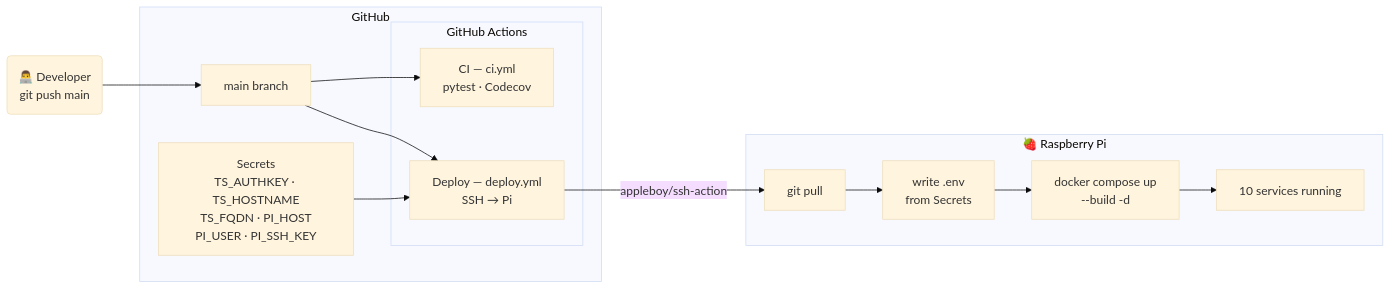
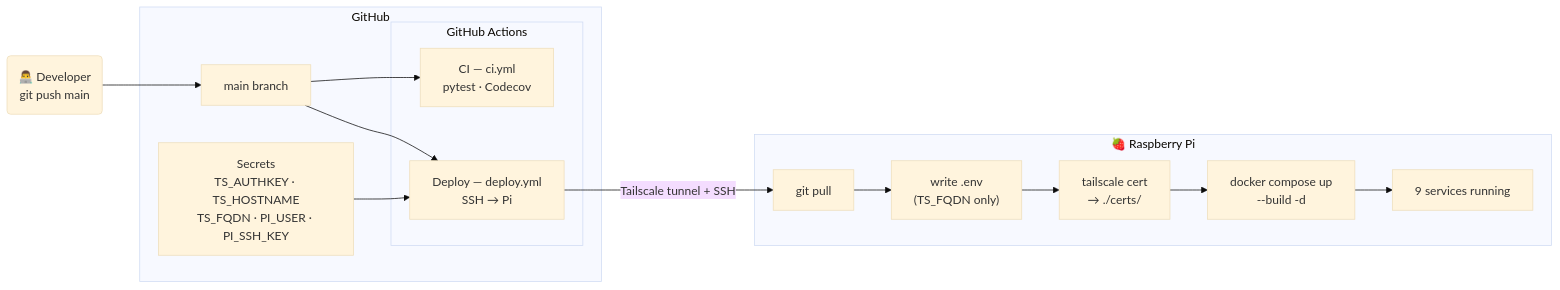
One commit to dugi42/night-watcher changed the first of 2 diagrams in README.md. Above: the diagram before and after it, drawn with Mermaid (base theme). The commit also changed other lines of this file and 3 other files, not shown here.

````diff
--- a/README.md
+++ b/README.md
@@ -63,29 +64,31 @@
 ```mermaid
 flowchart LR
     dev("👨‍💻 Developer\ngit push main")
 
     subgraph gh["GitHub"]
         repo["main branch"]
         subgraph actions["GitHub Actions"]
             ci["CI — ci.yml\npytest · Codecov"]
             dep["Deploy — deploy.yml\nSSH → Pi"]
         end
-        sec["Secrets\nTS_AUTHKEY · TS_HOSTNAME\nTS_FQDN · PI_HOST\nPI_USER · PI_SSH_KEY"]
+        sec["Secrets\nTS_AUTHKEY · TS_HOSTNAME\nTS_FQDN · PI_USER · PI_SSH_KEY"]
     end
 
     subgraph pi["🍓 Raspberry Pi"]
         pull["git pull"]
-        env["write .env\nfrom Secrets"]
+        env["write .env\n(TS_FQDN only)"]
+        cert["tailscale cert\n→ ./certs/"]
         up["docker compose up\n--build -d"]
-        svc["10 services running"]
+        svc["9 services running"]
     end
 
     dev --> repo
     repo --> ci
     repo --> dep
     sec --> dep
-    dep -->|appleboy/ssh-action| pull
+    dep -->|Tailscale tunnel + SSH| pull
     pull --> env
-    env --> up
+    env --> cert
+    cert --> up
     up --> svc
 ```
````
